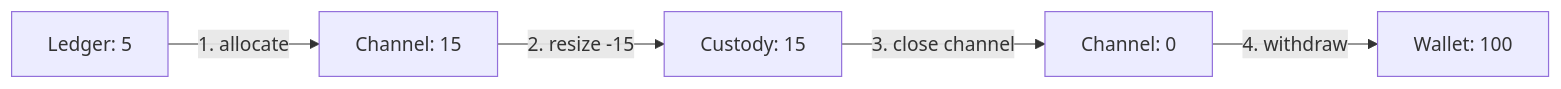
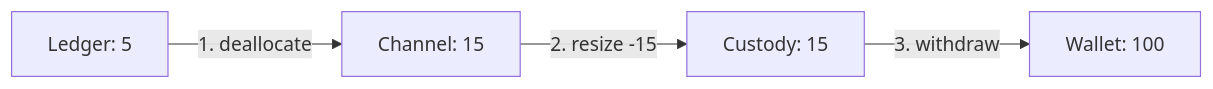
The fifth of 5 diagrams in apps/erc7824-improved/content/docs/trivia-royale/building-blocks/fund-management.md (grmkris/trivia-royale-erc7824), drawn with Mermaid before and after one commit. The commit also changed other lines of this file and 8 other files, not shown here.

````diff
--- a/apps/erc7824-improved/content/docs/trivia-royale/building-blocks/fund-management.md
+++ b/apps/erc7824-improved/content/docs/trivia-royale/building-blocks/fund-management.md
@@ -155,7 +163,6 @@
 ```mermaid
 graph LR
-    A[Ledger: 5] -->|1. allocate| B[Channel: 15]
+    A[Ledger: 5] -->|1. deallocate| B[Channel: 15]
     B -->|2. resize -15| C[Custody: 15]
-    C -->|3. close channel| D[Channel: 0]
-    D -->|4. withdraw| E[Wallet: 100]
+    C -->|3. withdraw| D[Wallet: 100]
 ```
````
